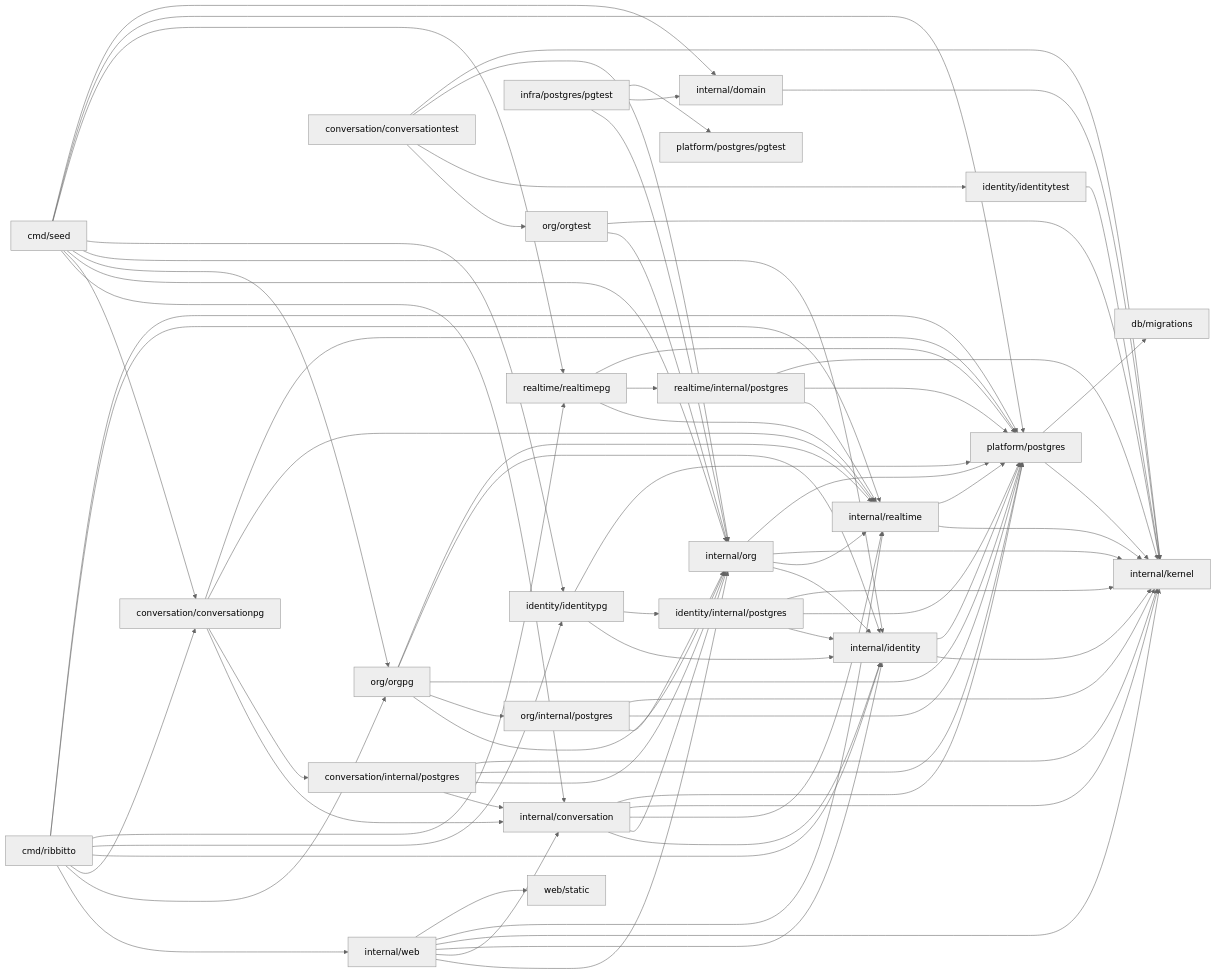
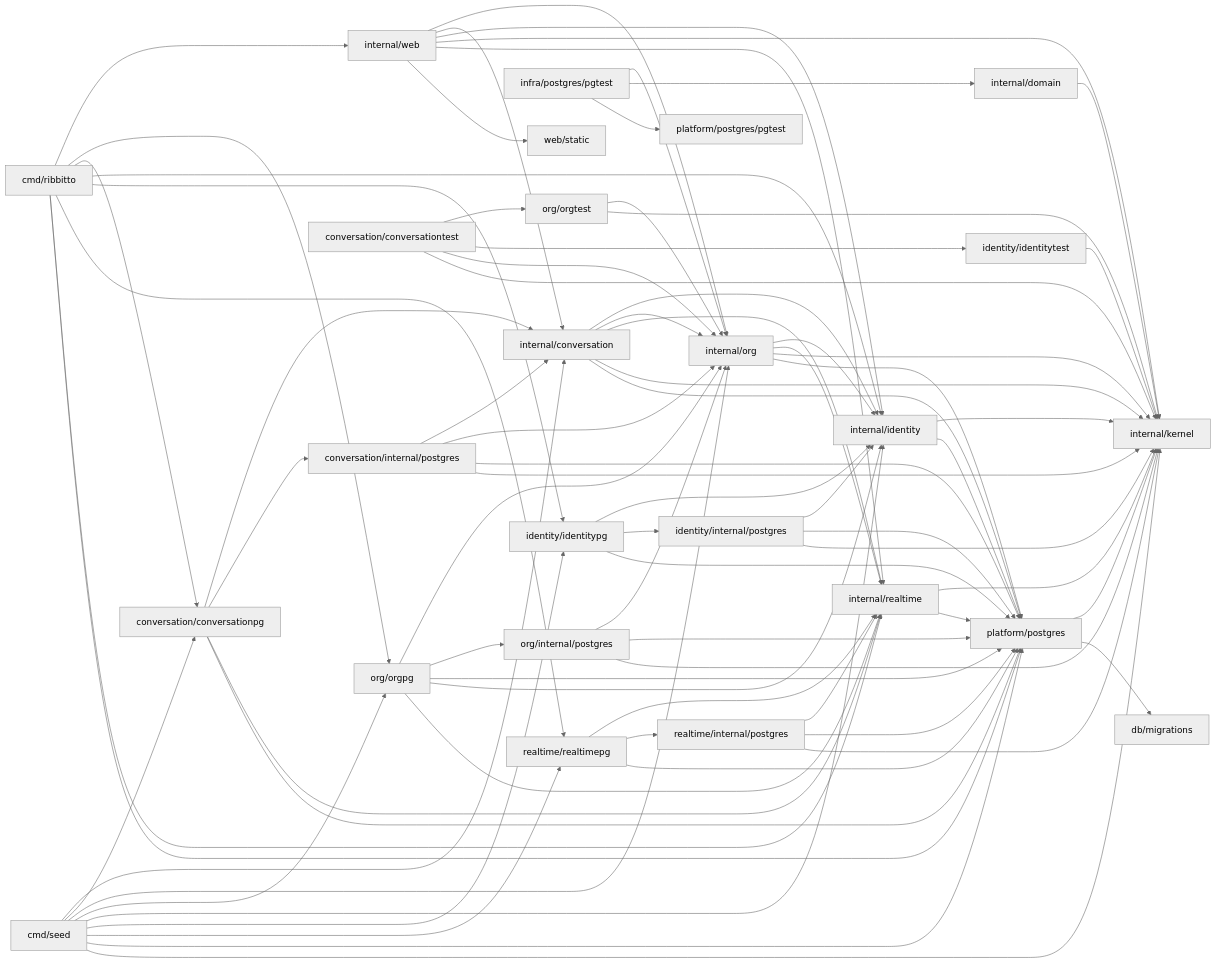
The diagram in docs/architecture/packages.md (tkakkie/ribbitto), drawn with Mermaid (neutral theme) before and after one commit. The commit also changed 17 other files, not shown here.

First line of the commit message:
test(conversation, cmd): use kernel.ID and the owners' fixtures in conversationpg's and cmd's tests

````diff
--- a/docs/architecture/packages.md
+++ b/docs/architecture/packages.md
@@ -43,24 +43,24 @@
 ```mermaid
 flowchart LR
   cmd[cmd/ribbitto] --> web & orgpg[org/orgpg] & conversationpg[conversation/conversationpg] & identity & identitypg[identity/identitypg] & realtimepg & realtime & platform[platform/postgres]
-  seed[cmd/seed] --> conversation & conversationpg & org & orgpg & identity & identitypg & realtimepg & platform & domain
+  seed[cmd/seed] --> conversation & conversationpg & org & orgpg & identity & identitypg & realtimepg & platform & kernel
   web[internal/web] --> org & conversation & identity & kernel & realtime & static[web/static]
   postgres[infra/postgres/pgtest] --> org & domain & platformpgtest[platform/postgres/pgtest]
   conversationpg --> conversation[internal/conversation] & cstore[conversation/internal/postgres] & realtime & platform
   conversation --> identity & org & realtime & kernel & platform
   cstore --> conversation & org & platform & kernel
   conversationtest[conversation/conversationtest] --> orgtest[org/orgtest] & identitytest[identity/identitytest] & org & kernel
   orgtest --> org & kernel
   identitytest --> kernel
   realtime[internal/realtime] --> kernel & platform
   realtimepg[realtime/realtimepg] --> realtime & rstore[realtime/internal/postgres] & platform
   rstore --> realtime & platform & kernel
   org[internal/org] --> identity & realtime & kernel & platform
   orgpg --> org & ostore[org/internal/postgres] & platform & identity & realtime
   ostore --> org & platform & kernel
   identity[internal/identity] --> kernel & platform
   identitypg --> identity & store[identity/internal/postgres] & platform
   store --> identity & platform & kernel
   domain[internal/domain] --> kernel[internal/kernel]
   platform --> kernel & migrations[db/migrations]
 ```
````
